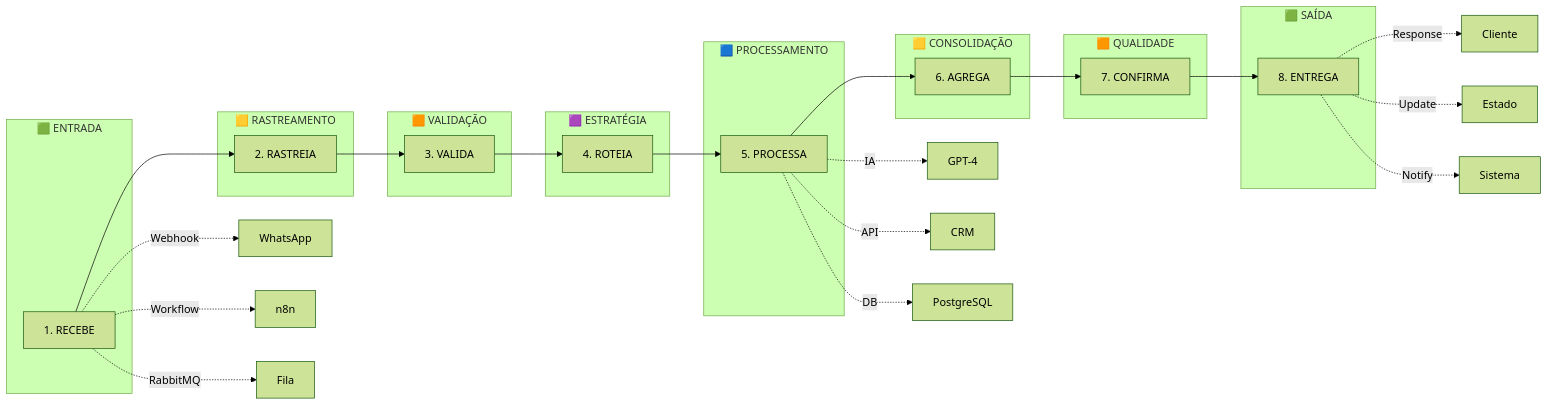
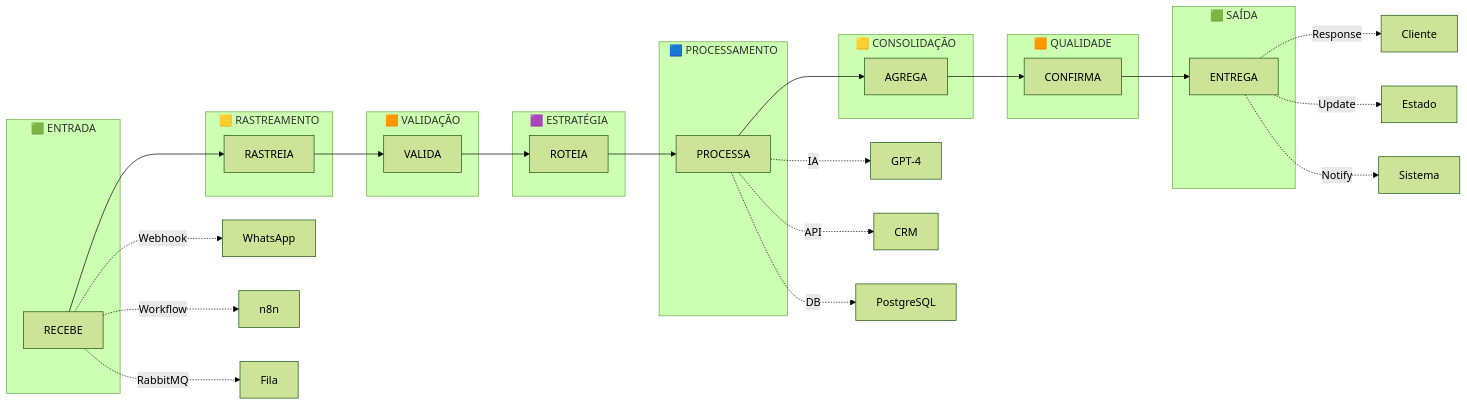
Before and after one commit to Bitfy-AI/documentacao: the second of 10 diagrams in protocolo/ARQUITETURA-MERMAID.md, drawn with Mermaid (forest theme). The commit also changed other lines of this file, not shown here.

````diff
--- a/protocolo/ARQUITETURA-MERMAID.md
+++ b/protocolo/ARQUITETURA-MERMAID.md
@@ -68,48 +88,48 @@
 ```mermaid
 flowchart LR
     subgraph "🟩 ENTRADA"
-        R[1. RECEBE]
+        R[RECEBE]
     end
 
     subgraph "🟨 RASTREAMENTO"
-        T[2. RASTREIA]
+        T[RASTREIA]
     end
 
     subgraph "🟧 VALIDAÇÃO"
-        V[3. VALIDA]
+        V[VALIDA]
     end
 
     subgraph "🟪 ESTRATÉGIA"
-        RO[4. ROTEIA]
+        RO[ROTEIA]
     end
 
     subgraph "🟦 PROCESSAMENTO"
-        P[5. PROCESSA]
+        P[PROCESSA]
     end
 
     subgraph "🟨 CONSOLIDAÇÃO"
-        A[6. AGREGA]
+        A[AGREGA]
     end
 
     subgraph "🟧 QUALIDADE"
-        C[7. CONFIRMA]
+        C[CONFIRMA]
     end
 
     subgraph "🟩 SAÍDA"
-        E[8. ENTREGA]
+        E[ENTREGA]
     end
 
     R --> T --> V --> RO --> P --> A --> C --> E
 
     R -.->|Webhook| R1[WhatsApp]
     R -.->|Workflow| R2[n8n]
     R -.->|RabbitMQ| R3[Fila]
 
     P -.->|IA| P1[GPT-4]
     P -.->|API| P2[CRM]
     P -.->|DB| P3[PostgreSQL]
 
     E -.->|Response| E1[Cliente]
     E -.->|Update| E2[Estado]
     E -.->|Notify| E3[Sistema]
 ```
````
